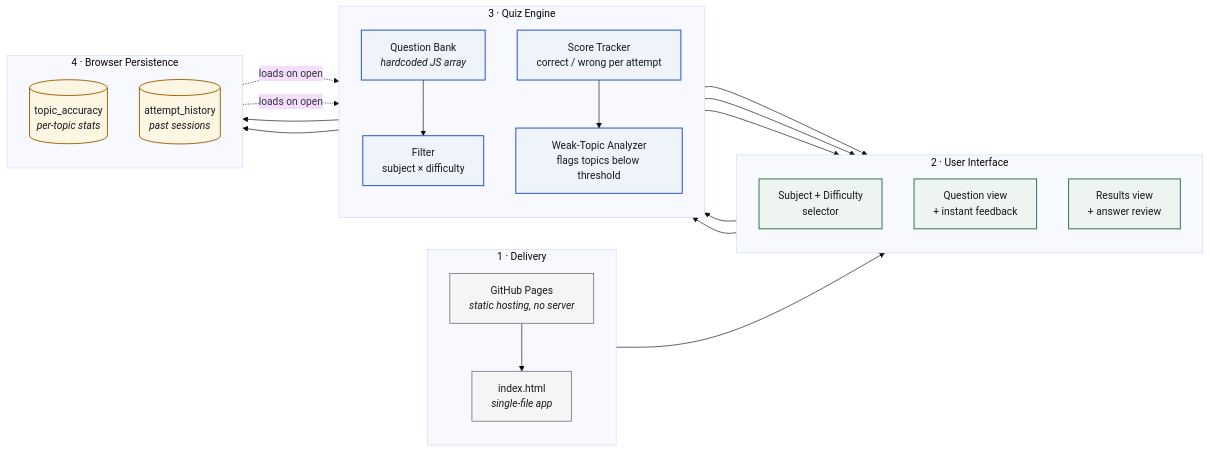
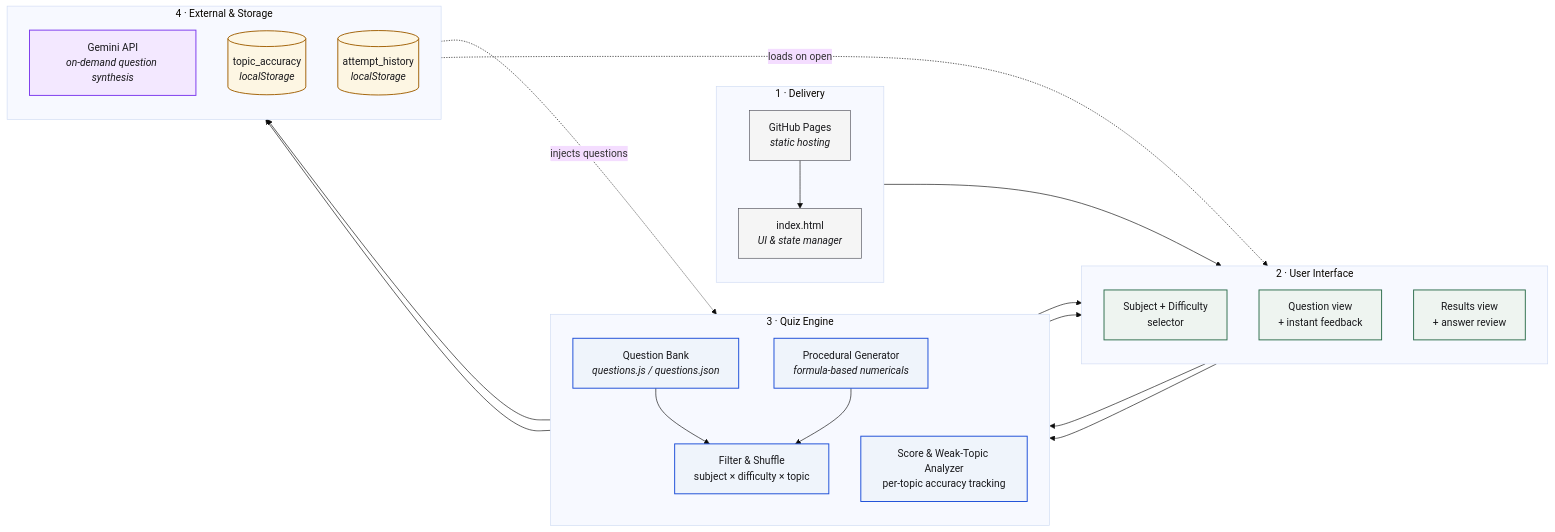
The diagram in README.md (Happ3ns/JEE-Quiz-Generator), drawn with Mermaid (base theme) before and after one commit. The commit also changed other lines of this file and 4 other files, not shown here.

Commit message:
Refactor: separate questions into questions.js/json, add Gemini AI generation, fix answer bugs

````diff
--- a/README.md
+++ b/README.md
@@ -9,60 +22,62 @@
 ```mermaid
 flowchart LR
     %% ---------- Styling ----------
     classDef client  fill:#eef4f0,stroke:#2f6f4e,stroke-width:1.5px,color:#18181b
     classDef engine  fill:#eff4fb,stroke:#1d4ed8,stroke-width:1.5px,color:#18181b
     classDef storage fill:#fdf6e3,stroke:#a16207,stroke-width:1.5px,color:#18181b
     classDef host    fill:#f5f5f5,stroke:#52525b,stroke-width:1px,color:#18181b
+    classDef ai      fill:#f3e8ff,stroke:#7c3aed,stroke-width:1.5px,color:#18181b
 
     %% ---------- Layer 1: Delivery ----------
     subgraph L1["1 · Delivery"]
         direction TB
-        H1["GitHub Pages<br/><i>static hosting, no server</i>"]
-        H2["index.html<br/><i>single-file app</i>"]
+        H1["GitHub Pages<br/><i>static hosting</i>"]
+        H2["index.html<br/><i>UI & state manager</i>"]
     end
 
     %% ---------- Layer 2: Client ----------
     subgraph L2["2 · User Interface"]
         direction TB
         U1["Subject + Difficulty<br/>selector"]
         U2["Question view<br/>+ instant feedback"]
         U3["Results view<br/>+ answer review"]
     end
 
     %% ---------- Layer 3: Engine ----------
     subgraph L3["3 · Quiz Engine"]
         direction TB
-        Q1["Question Bank<br/><i>hardcoded JS array</i>"]
-        Q2["Filter<br/>subject × difficulty"]
-        Q3["Score Tracker<br/>correct / wrong per attempt"]
-        Q4["Weak-Topic Analyzer<br/>flags topics below threshold"]
+        Q1["Question Bank<br/><i>questions.js / questions.json</i>"]
+        Q2["Procedural Generator<br/><i>formula-based numericals</i>"]
+        Q3["Filter & Shuffle<br/>subject × difficulty × topic"]
+        Q4["Score & Weak-Topic Analyzer<br/>per-topic accuracy tracking"]
     end
 
-    %% ---------- Layer 4: Persistence ----------
-    subgraph L4["4 · Browser Persistence"]
+    %% ---------- Layer 4: AI & Persistence ----------
+    subgraph L4["4 · External & Storage"]
         direction TB
-        P1[("topic_accuracy<br/><i>per-topic stats</i>")]
-        P2[("attempt_history<br/><i>past sessions</i>")]
+        AI["Gemini API<br/><i>on-demand question synthesis</i>"]
+        P1[("topic_accuracy<br/><i>localStorage</i>")]
+        P2[("attempt_history<br/><i>localStorage</i>")]
     end
 
     %% ---------- Edges ----------
     H1 --> H2
     H2 --> U1
-    U1 --> Q2
-    Q1 --> Q2
-    Q2 --> U2
-    U2 --> Q3
-    Q3 --> Q4
+    Q1 --> Q3
+    Q2 --> Q3
+    AI -.->|injects questions| Q3
+    U1 --> Q3
+    Q3 --> U2
+    U2 --> Q4
     Q4 --> P1
-    Q3 --> P2
-    P1 -.->|loads on open| Q2
-    P2 -.->|loads on open| Q4
-    Q3 --> U3
+    Q4 --> P2
+    P1 -.->|loads on open| U1
     Q4 --> U3
 
     %% ---------- Apply classes ----------
     class H1,H2 host
     class U1,U2,U3 client
     class Q1,Q2,Q3,Q4 engine
     class P1,P2 storage
+    class AI ai
 ```
````
